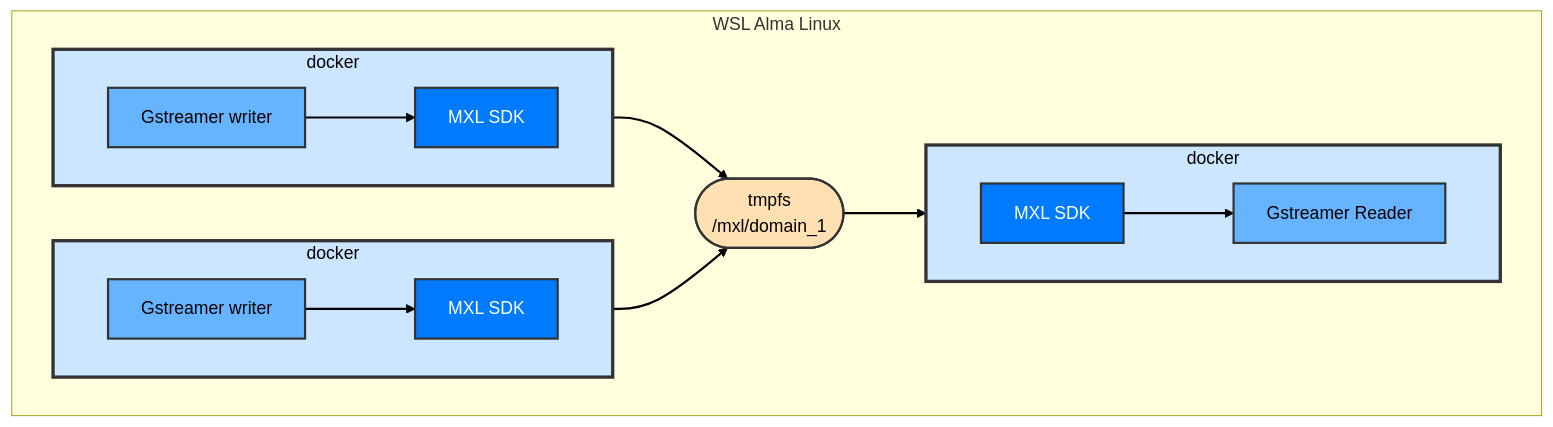
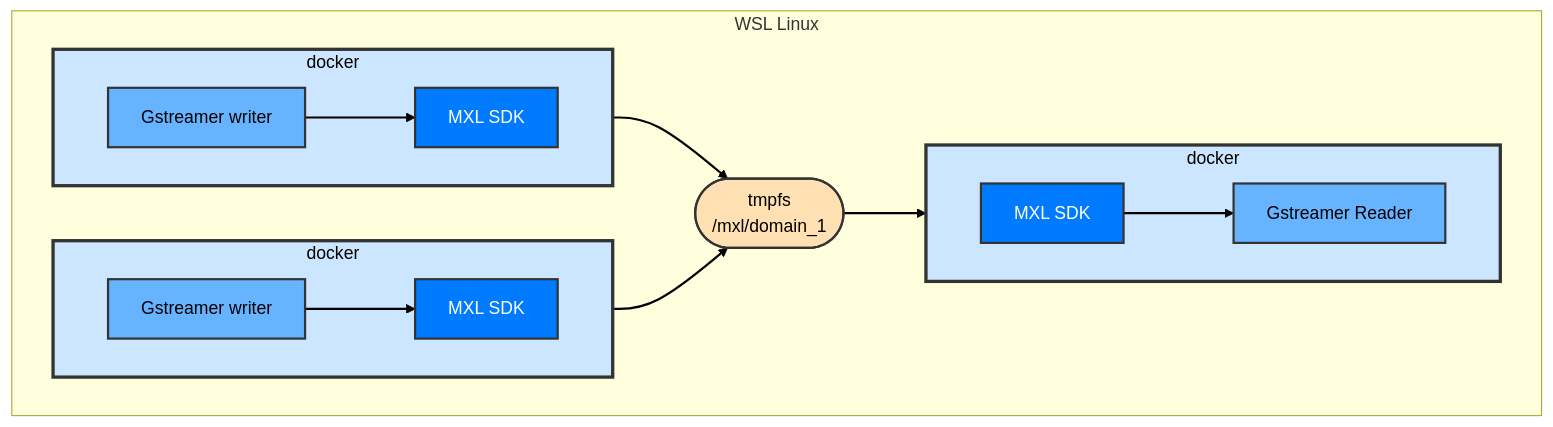
Before and after one commit to cbcrc/mxl-hands-on: the diagram in Exercises/Exercise2.md, drawn with Mermaid. The commit also changed 2 other files, not shown here.

Commit message:
Fixing the mermaid graphics

````diff
--- a/Exercises/Exercise2.md
+++ b/Exercises/Exercise2.md
@@ -8,45 +8,45 @@
 ```mermaid
    graph
       direction LR
-         subgraph WSL Alma Linux
+         subgraph WSL Linux
             subgraph docker_writer_1 [docker]
                   direction LR
                   gstreamer_writer_1[Gstreamer writer]
                   mxl_sdk_writer_1[MXL SDK]
                   gstreamer_writer_1 --> mxl_sdk_writer_1
             end
              
              subgraph docker_writer_2 [docker]
                   direction LR
                   gstreamer_writer_2[Gstreamer writer]
                   mxl_sdk_writer_2[MXL SDK]
                   gstreamer_writer_2 --> mxl_sdk_writer_2
             end
 
             subgraph docker_reader [docker]
                   direction LR
                   gstreamer_reader[Gstreamer Reader]
                   mxl_sdk_reader[MXL SDK]
                   mxl_sdk_reader --> gstreamer_reader
             end
 
             tmpfs([tmpfs<br>/mxl/domain_1])
 
             mxl_sdk_writer_1 --> tmpfs
             mxl_sdk_writer_2 --> tmpfs
             tmpfs --> mxl_sdk_reader
          end
 
          %% Styling
          linkStyle default stroke:black,stroke-width:2px
          style docker_writer_1 fill:#cce6ff,color:black,stroke:#333,stroke-width:3px
          style docker_writer_2 fill:#cce6ff,color:black,stroke:#333,stroke-width:3px
          style docker_reader fill:#cce6ff,color:black,stroke:#333,stroke-width:3px
          style gstreamer_writer_1 fill:#66b3ff,color:black,stroke:#333,stroke-width:2px
          style gstreamer_writer_2 fill:#66b3ff,color:black,stroke:#333,stroke-width:2px
          style gstreamer_reader fill:#66b3ff,color:black,stroke:#333,stroke-width:2px
          style mxl_sdk_writer_1 fill:#007bff,color:black,stroke:#333,stroke-width:2px,color:#fff
          style mxl_sdk_writer_2 fill:#007bff,color:black,stroke:#333,stroke-width:2px,color:#fff
          style mxl_sdk_reader fill:#007bff,color:black,stroke:#333,stroke-width:2px,color:#fff
          style tmpfs fill:#ffe0b3,color:black,stroke:#333,stroke-width:2px
 ```
````
